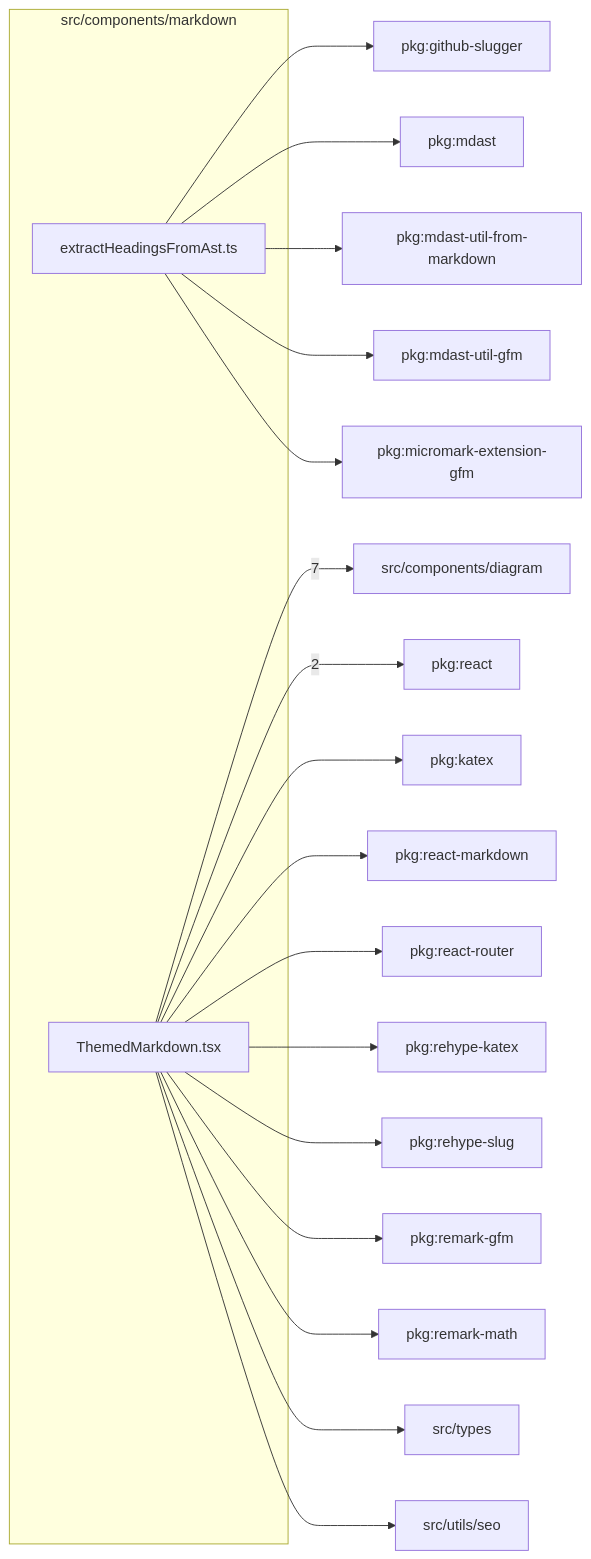
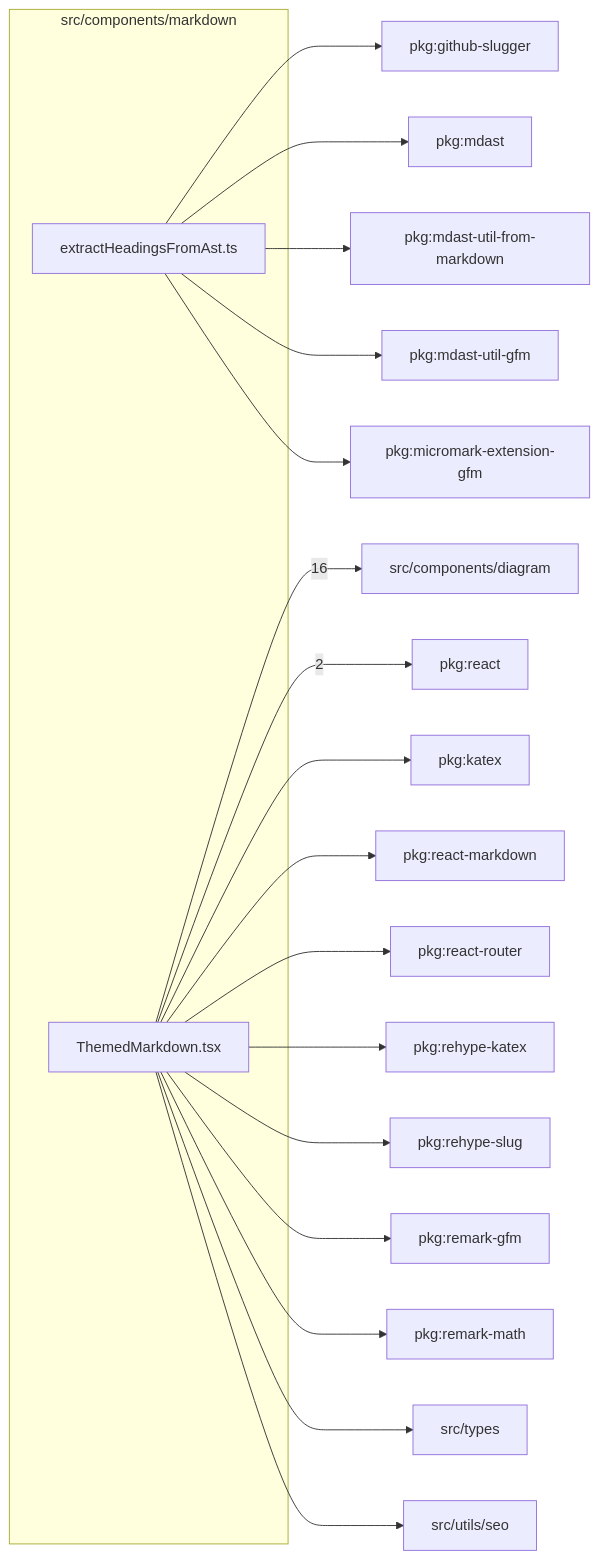
One commit to ronbuening/LensVisualizer changed the diagram in src/components/markdown/readme.md. Above: the diagram before and after it, drawn with Mermaid. The commit also changed other lines of this file and 35 other files, not shown here.

````diff
--- a/src/components/markdown/readme.md
+++ b/src/components/markdown/readme.md
@@ -9,39 +9,39 @@
 ```mermaid
 flowchart LR
   subgraph n_src_components_markdown["src/components/markdown"]
     n_src_components_markdown_src_components_markdown_extractHeadingsFromAst_ts["extractHeadingsFromAst.ts"]
     n_src_components_markdown_src_components_markdown_ThemedMarkdown_tsx["ThemedMarkdown.tsx"]
   end
   n_external_src_components_diagram["src/components/diagram"]
   n_external_pkg_react["pkg:react"]
   n_external_pkg_github_slugger["pkg:github-slugger"]
   n_external_pkg_katex["pkg:katex"]
   n_external_pkg_mdast["pkg:mdast"]
   n_external_pkg_mdast_util_from_markdown["pkg:mdast-util-from-markdown"]
   n_external_pkg_mdast_util_gfm["pkg:mdast-util-gfm"]
   n_external_pkg_micromark_extension_gfm["pkg:micromark-extension-gfm"]
   n_external_pkg_react_markdown["pkg:react-markdown"]
   n_external_pkg_react_router["pkg:react-router"]
   n_external_pkg_rehype_katex["pkg:rehype-katex"]
   n_external_pkg_rehype_slug["pkg:rehype-slug"]
   n_external_pkg_remark_gfm["pkg:remark-gfm"]
   n_external_pkg_remark_math["pkg:remark-math"]
   n_external_src_types["src/types"]
   n_external_src_utils_seo["src/utils/seo"]
-  n_src_components_markdown_src_components_markdown_ThemedMarkdown_tsx --> |7| n_external_src_components_diagram
+  n_src_components_markdown_src_components_markdown_ThemedMarkdown_tsx --> |16| n_external_src_components_diagram
   n_src_components_markdown_src_components_markdown_ThemedMarkdown_tsx --> |2| n_external_pkg_react
   n_src_components_markdown_src_components_markdown_extractHeadingsFromAst_ts --> n_external_pkg_github_slugger
   n_src_components_markdown_src_components_markdown_ThemedMarkdown_tsx --> n_external_pkg_katex
   n_src_components_markdown_src_components_markdown_extractHeadingsFromAst_ts --> n_external_pkg_mdast
   n_src_components_markdown_src_components_markdown_extractHeadingsFromAst_ts --> n_external_pkg_mdast_util_from_markdown
   n_src_components_markdown_src_components_markdown_extractHeadingsFromAst_ts --> n_external_pkg_mdast_util_gfm
   n_src_components_markdown_src_components_markdown_extractHeadingsFromAst_ts --> n_external_pkg_micromark_extension_gfm
   n_src_components_markdown_src_components_markdown_ThemedMarkdown_tsx --> n_external_pkg_react_markdown
   n_src_components_markdown_src_components_markdown_ThemedMarkdown_tsx --> n_external_pkg_react_router
   n_src_components_markdown_src_components_markdown_ThemedMarkdown_tsx --> n_external_pkg_rehype_katex
   n_src_components_markdown_src_components_markdown_ThemedMarkdown_tsx --> n_external_pkg_rehype_slug
   n_src_components_markdown_src_components_markdown_ThemedMarkdown_tsx --> n_external_pkg_remark_gfm
   n_src_components_markdown_src_components_markdown_ThemedMarkdown_tsx --> n_external_pkg_remark_math
   n_src_components_markdown_src_components_markdown_ThemedMarkdown_tsx --> n_external_src_types
   n_src_components_markdown_src_components_markdown_ThemedMarkdown_tsx --> n_external_src_utils_seo
 ```
````
